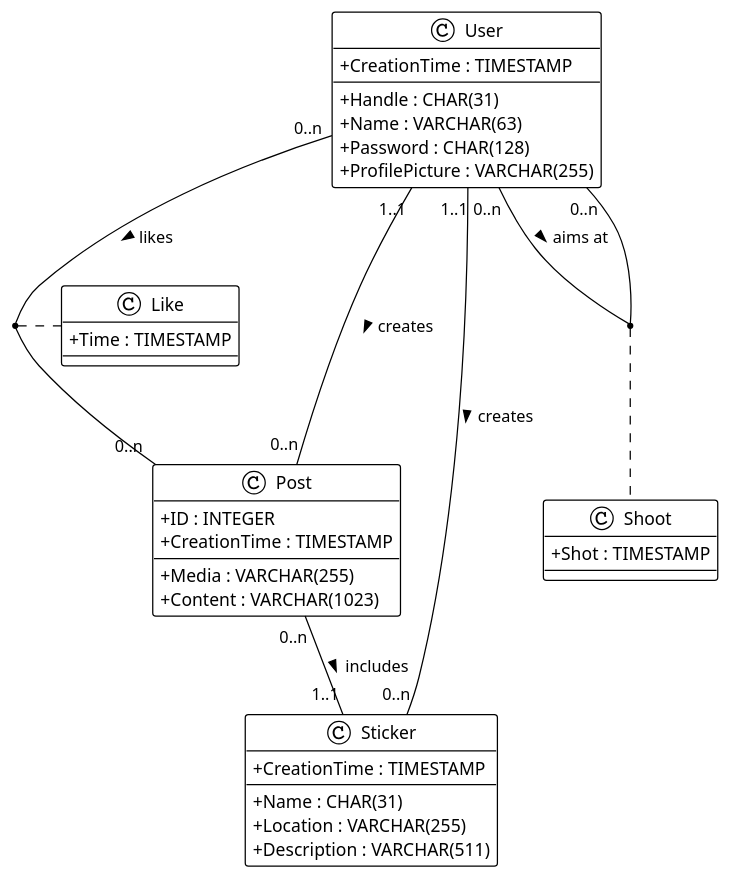
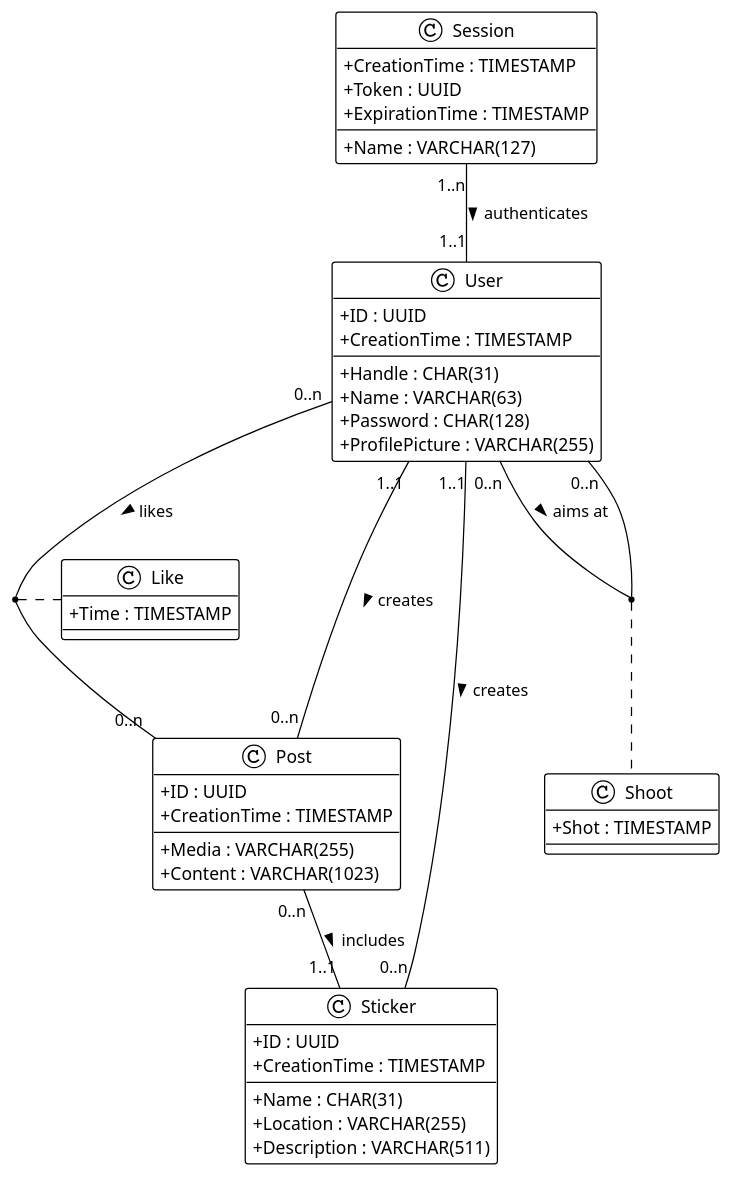
The diagram in doc/hiddlestick.puml (luca-baeck/Soziales-Netzwerk), drawn with PlantUML before and after one commit. The commit also changed 3 other files, not shown here.

```diff
--- a/doc/hiddlestick.puml
+++ b/doc/hiddlestick.puml
@@ -1,59 +1,72 @@
 @startuml hiddlestick
 
 !theme plain
 skinparam ClassAttributeIconSize 0
 
 class User{
+    + ID : UUID
     + Handle : CHAR(31)
     + Name : VARCHAR(63)
     + Password : CHAR(128)
     + ProfilePicture : VARCHAR(255)
     + CreationTime : TIMESTAMP
 }
 
 class Post{
-    + ID : INTEGER
+    + ID : UUID
     /'
-    + Creator : CHAR(31)
-    + Sticker : CHAR(31)
+    /+ CreatorID : UUID
+    /+ StickerID : UUID
     '/
     + Media : VARCHAR(255)
     + Content : VARCHAR(1023)
     + CreationTime : TIMESTAMP
 }
 
 class Sticker{
+    + ID : UUID
     + Name : CHAR(31)
     + Location : VARCHAR(255)
     /'
-    + Creator : CHAR(31)
+    /+ CreatorID : UUID
     '/
     + Description : VARCHAR(511)
     + CreationTime : TIMESTAMP
 }
 
 User "0..n" -- "0..n" User : aims at >
 (User, User) . Shoot
 User "1..1" -- "0..n" Post : creates >
 User "1..1" -- "0..n" Sticker : creates >
 Post "0..n" -- "1..1" Sticker : includes >
 User "0..n" -- "0..n" Post : likes >
+Session "1..n" -- "1..1" User : authenticates >
 (User, Post) . Like
 
 class Shoot{
     /'
-    + Target : CHAR(31)
-    + Archer : CHAR(31)
+    /+ Target : UUID
+    /+ Archer : UUID
     '/
     + Shot : TIMESTAMP
 }
 
 class Like{
     /'
-    + PostID : INTEGER
-    + User : CHAR(31)
+    /+ PostID : UUID
+    /+ UserID : UUID
     '/
     + Time : TIMESTAMP
 }
 
+class Session{
+    /'
+    /+ UserID : UUID
+    '/
+    + CreationTime : TIMESTAMP
+    + Name : VARCHAR(127)
+    + Token : UUID
+    + ExpirationTime : TIMESTAMP
+}
+
 @enduml
```
